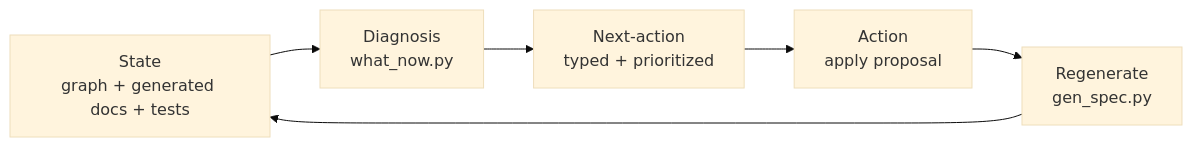
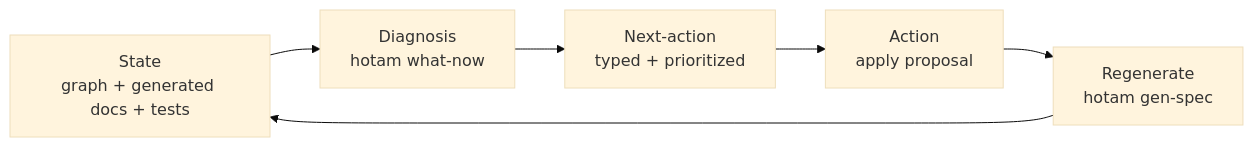
The second of 2 diagrams in docs/methodology/README.md (PHPCraftdream/HotamSpec), drawn with Mermaid (base theme) before and after one commit. The commit also changed other lines of this file and 321 other files, not shown here.

````diff
--- a/docs/methodology/README.md
+++ b/docs/methodology/README.md
@@ -109,8 +118,8 @@
 ```mermaid
 graph LR
-    S["State<br/>graph + generated docs + tests"] --> D["Diagnosis<br/>what_now.py"]
+    S["State<br/>graph + generated docs + tests"] --> D["Diagnosis<br/>hotam what-now"]
     D --> N["Next-action<br/>typed + prioritized"]
     N --> A["Action<br/>apply proposal"]
-    A --> R["Regenerate<br/>gen_spec.py"]
+    A --> R["Regenerate<br/>hotam gen-spec"]
     R --> S
 ```
````
